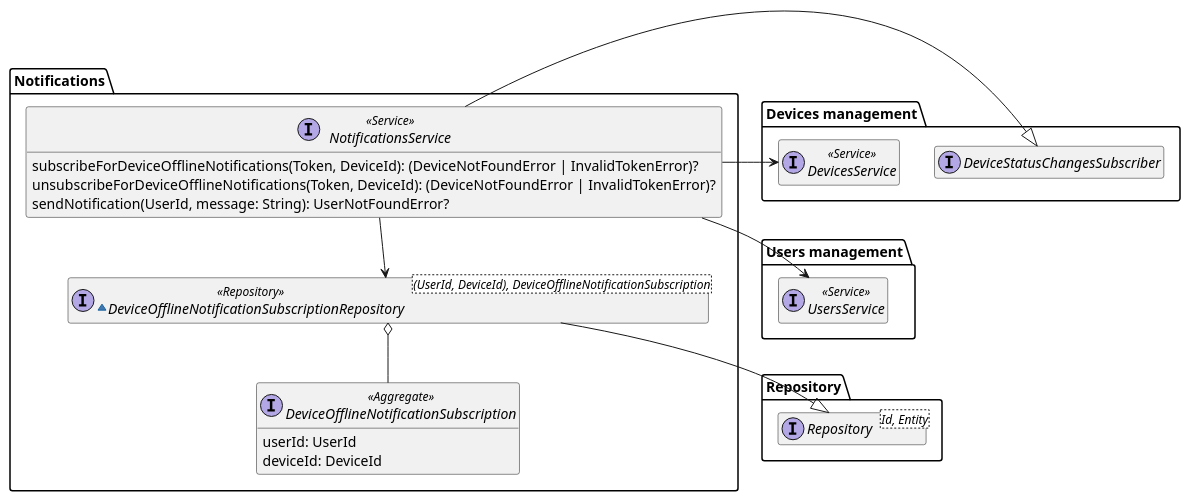
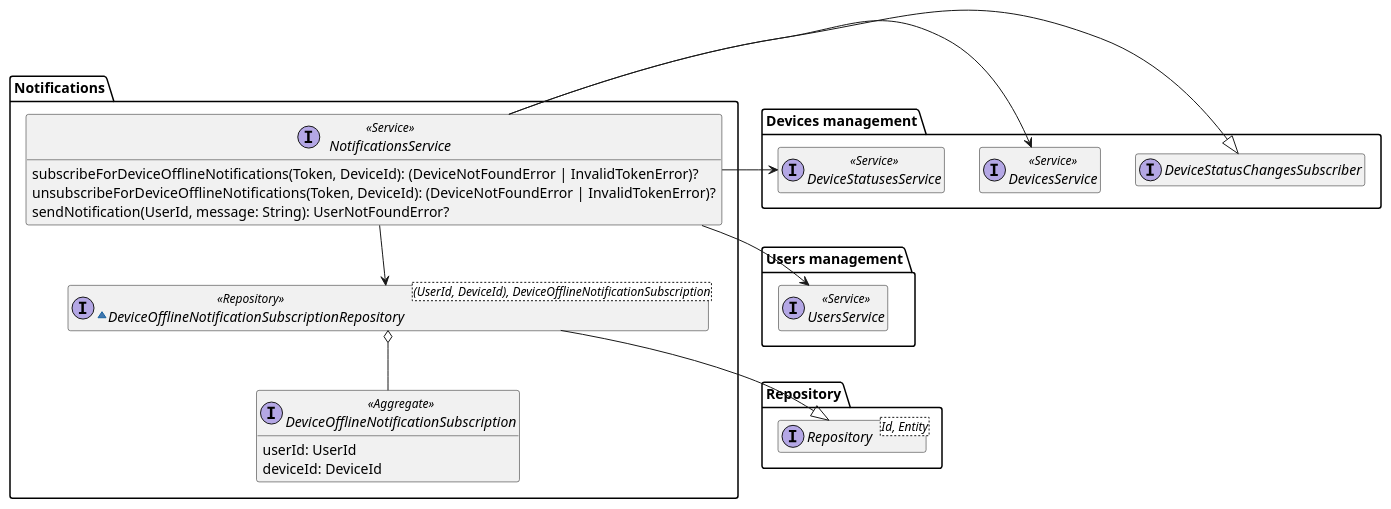
The diagram in diagrams/src/notifications-domain-model.puml (DomoticASW/.github), drawn with PlantUML before and after one commit. The commit also changed 2 other files, not shown here.

Commit message:
Split DevicesService

```diff
--- a/diagrams/src/notifications-domain-model.puml
+++ b/diagrams/src/notifications-domain-model.puml
@@ -1,40 +1,42 @@
 @startuml notifications-domain-model
 
 hide empty members
 package Repository{
     interface Repository<Id, Entity>
 }
 
 package "Users management" as UsersManagement {
     interface UsersService <<Service>>
 }
 
 package "Devices management" as DevicesManagement {
     interface DevicesService <<Service>>
+    interface DeviceStatusesService <<Service>>
     interface DeviceStatusChangesSubscriber
 }
 
 package "Notifications" {
     interface NotificationsService <<Service>> {
         subscribeForDeviceOfflineNotifications(Token, DeviceId): (DeviceNotFoundError | InvalidTokenError)?
         unsubscribeForDeviceOfflineNotifications(Token, DeviceId): (DeviceNotFoundError | InvalidTokenError)?
         sendNotification(UserId, message: String): UserNotFoundError?
     }
 
     ~interface DeviceOfflineNotificationSubscriptionRepository<(UserId, DeviceId), DeviceOfflineNotificationSubscription> <<Repository>> {
     }
 
     interface DeviceOfflineNotificationSubscription <<Aggregate>> {
         userId: UserId
         deviceId: DeviceId
     }
 
     NotificationsService --> DeviceOfflineNotificationSubscriptionRepository
     NotificationsService -r-|> DevicesManagement.DeviceStatusChangesSubscriber
     NotificationsService -r-> DevicesManagement.DevicesService
+    NotificationsService -r-> DevicesManagement.DeviceStatusesService
     NotificationsService --> UsersManagement.UsersService
     DeviceOfflineNotificationSubscriptionRepository --|> Repository.Repository
     DeviceOfflineNotificationSubscriptionRepository o-- DeviceOfflineNotificationSubscription
 }
 
 @enduml
```
